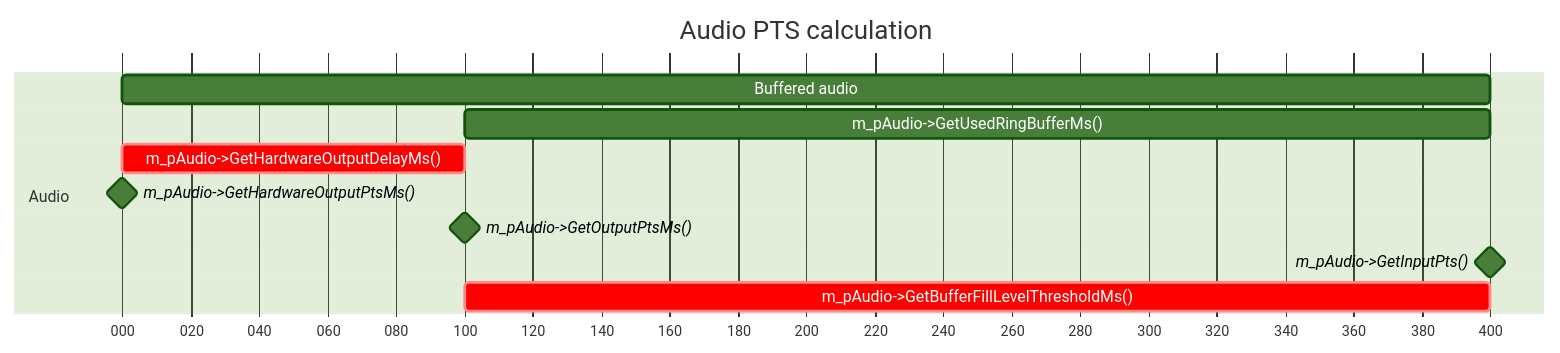
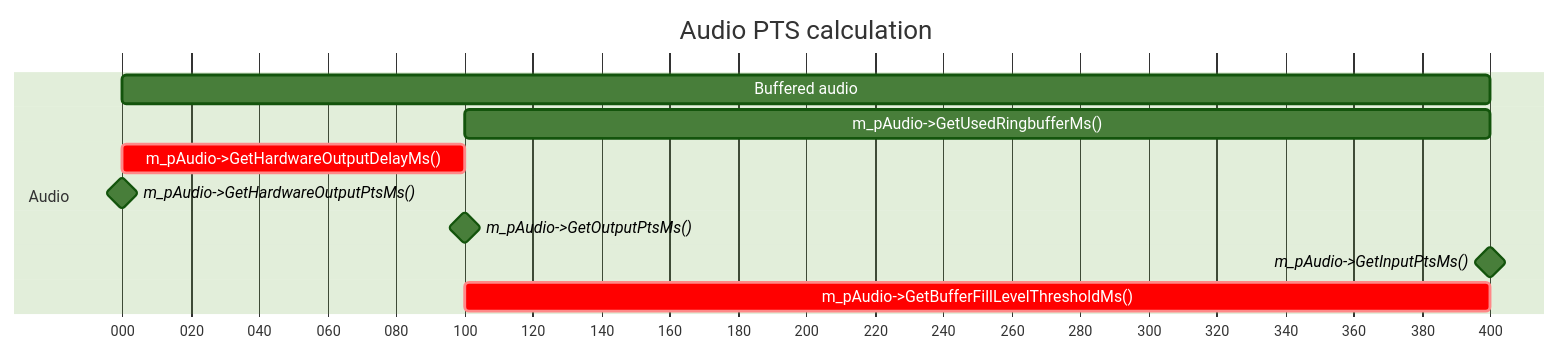
The eighth of 12 diagrams in DEVELOPER/README.md (rellla/vdr-plugin-drmdevice), drawn with Mermaid (forest theme) before and after one commit. The commit also changed other lines of this file, not shown here.

````diff
--- a/DEVELOPER/README.md
+++ b/DEVELOPER/README.md
@@ -395,15 +420,15 @@
 ```mermaid
 gantt
     title Audio PTS calculation
     dateFormat x
     axisFormat %L
     tickInterval 20millisecond
 section Audio
     Buffered audio             :             0, 400
-    m_pAudio->GetUsedRingBufferMs() :             100, 400
+    m_pAudio->GetUsedRingbufferMs() :             100, 400
     m_pAudio->GetHardwareOutputDelayMs(): crit, 0, 100
     m_pAudio->GetHardwareOutputPtsMs(): milestone,  0,
     m_pAudio->GetOutputPtsMs(): milestone,  100,
-    m_pAudio->GetInputPts() : milestone, 400,
+    m_pAudio->GetInputPtsMs() : milestone, 400,
     m_pAudio->GetBufferFillLevelThresholdMs() :   crit, 100, 400
 ```
````
